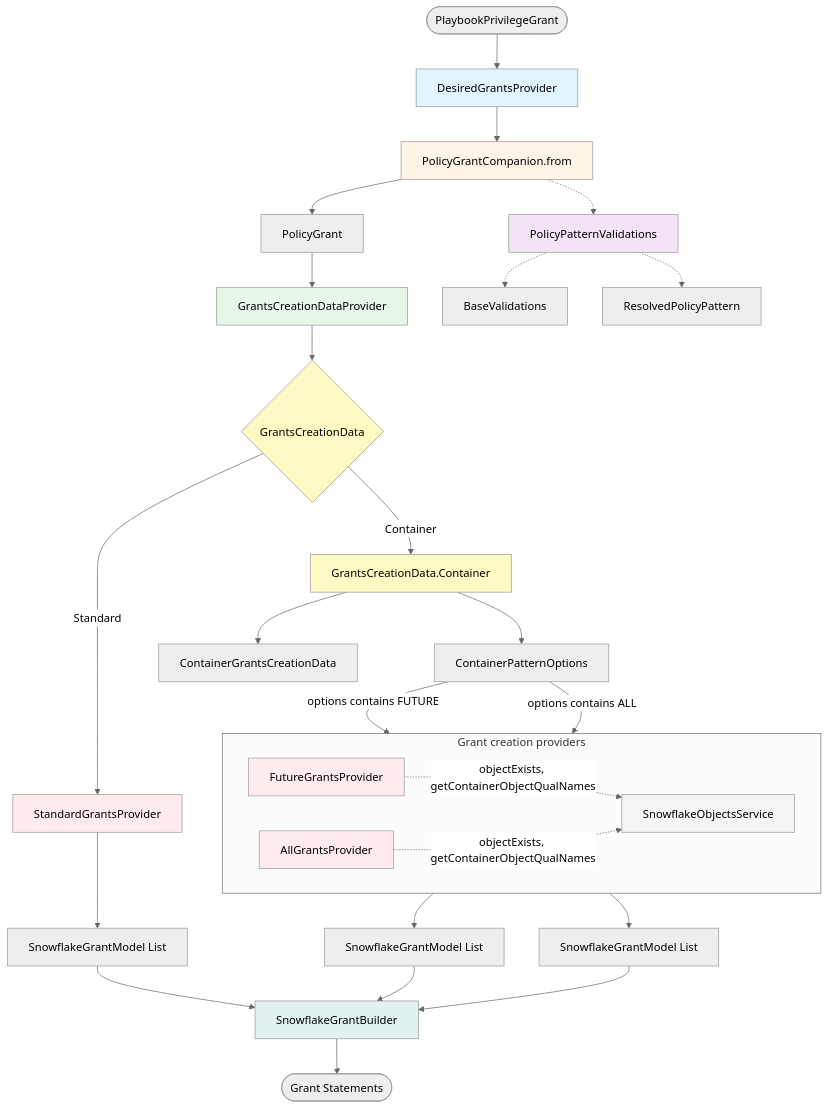
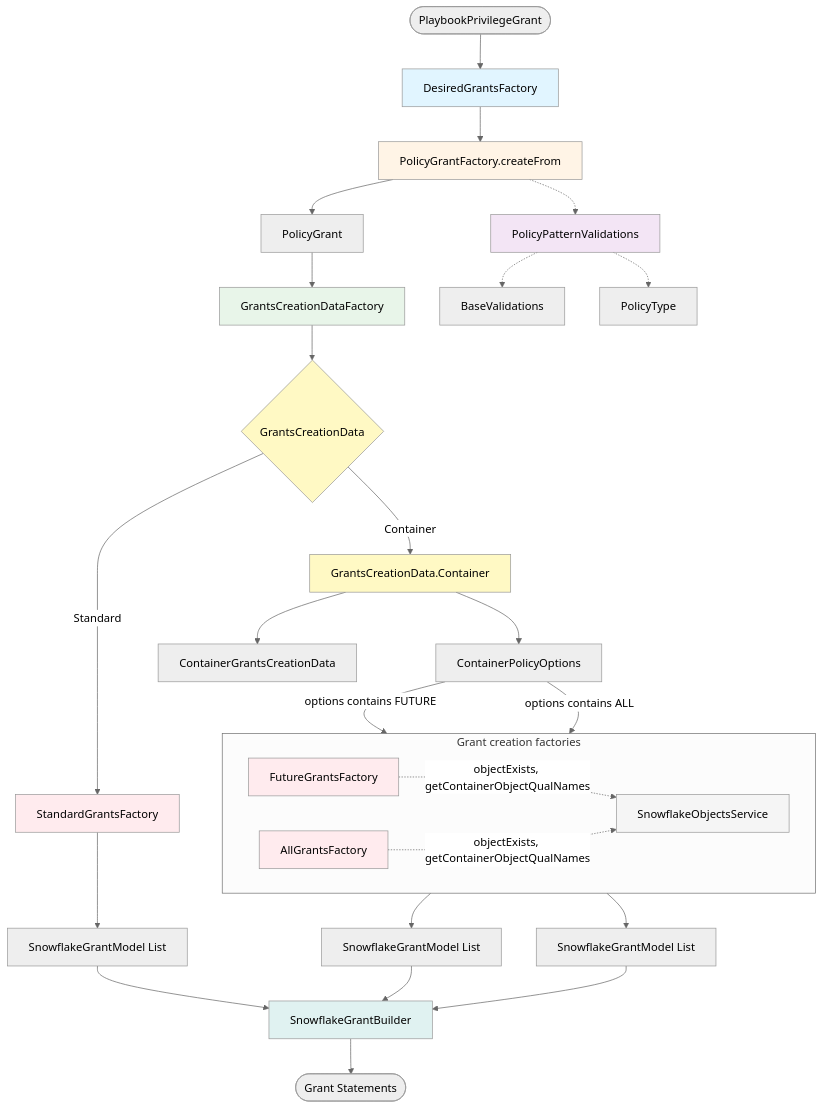
One commit to zoom/zoom-data-fence changed the diagram in docs/diagrams/grant-desired-create.md. Above: the diagram before and after it, drawn with Mermaid (neutral theme). The commit also changed other lines of this file and 24 other files, not shown here.

````diff
--- a/docs/diagrams/grant-desired-create.md
+++ b/docs/diagrams/grant-desired-create.md
@@ -15,52 +15,52 @@
 ```mermaid
 flowchart TD
-    Start([PlaybookPrivilegeGrant]) --> DGP[DesiredGrantsProvider]
+    Start([PlaybookPrivilegeGrant]) --> DGP[DesiredGrantsFactory]
     
-    DGP --> PGC[PolicyGrantCompanion.from]
+    DGP --> PGC[PolicyGrantFactory.createFrom]
     PGC --> PG[PolicyGrant]
     
     PGC -.-> PPV[PolicyPatternValidations]
     PPV -.-> BV[BaseValidations]
-    PPV -.-> RPP[ResolvedPolicyPattern]
+    PPV -.-> RPP[PolicyType]
     
-    PG --> GCDP[GrantsCreationDataProvider]
+    PG --> GCDP[GrantsCreationDataFactory]
     GCDP --> GCD{GrantsCreationData}
     
-    GCD -->|Standard| SGP[StandardGrantsProvider]
+    GCD -->|Standard| SGP[StandardGrantsFactory]
     GCD -->|Container| CGD[GrantsCreationData.Container]
     
     CGD --> CGDATA[ContainerGrantsCreationData]
-    CGD --> CPO[ContainerPatternOptions]
+    CGD --> CPO[ContainerPolicyOptions]
     
-    subgraph providers [Grant creation providers]
+    subgraph factories [Grant creation factories]
         direction LR
-        FGP[FutureGrantsProvider]
-        AGP[AllGrantsProvider]
+        FGP[FutureGrantsFactory]
+        AGP[AllGrantsFactory]
         SOS[SnowflakeObjectsService]
     end
     CPO -->|options contains FUTURE| FGP
     CPO -->|options contains ALL| AGP
     FGP -.->|objectExists, getContainerObjectQualNames| SOS
     AGP -.->|objectExists, getContainerObjectQualNames| SOS
     
     SGP --> SGM[SnowflakeGrantModel List]
     FGP --> FGM[SnowflakeGrantModel List]
     AGP --> AGM[SnowflakeGrantModel List]
     SGM --> SGB[SnowflakeGrantBuilder]
     FGM --> SGB
     AGM --> SGB
     
     SGB --> End([Grant Statements])
     
     style DGP fill:#e1f5ff
     style PGC fill:#fff4e6
     style PPV fill:#f3e5f5
     style GCDP fill:#e8f5e9
     style GCD fill:#fff9c4
     style CGD fill:#fff9c4
     style SGP fill:#ffebee
     style FGP fill:#ffebee
     style AGP fill:#ffebee
     style SGB fill:#e0f2f1
     style SOS fill:#f5f5f5
 ```
````
